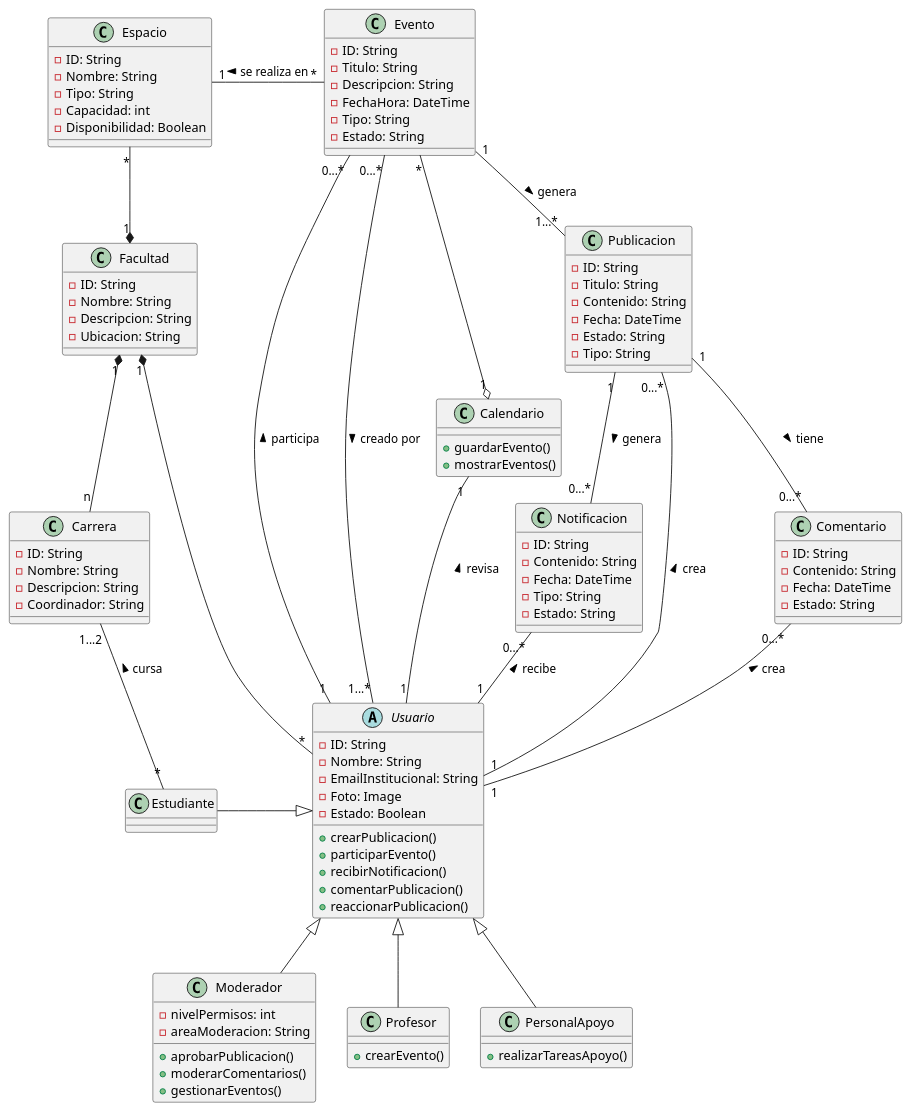
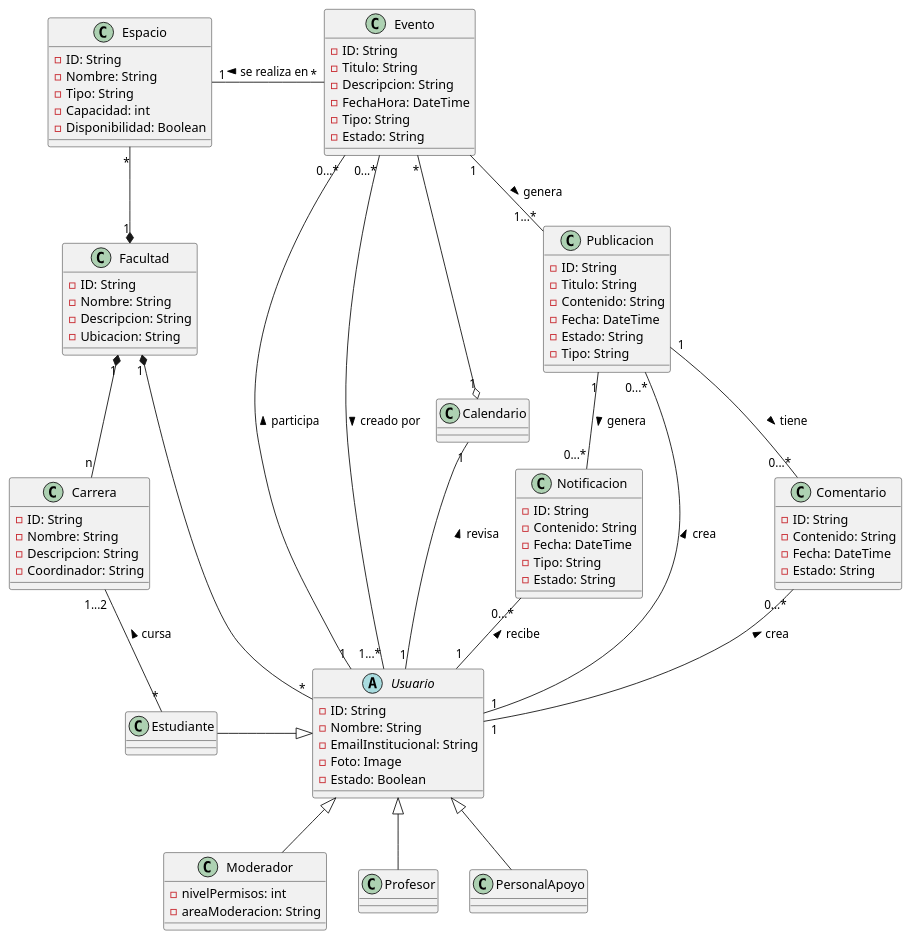
The diagram in Diagrams/DomainModel.plantuml (Danfloca02/Project_IngSoftware_Team2), drawn with PlantUML before and after one commit.

```diff
--- a/Diagrams/DomainModel.plantuml
+++ b/Diagrams/DomainModel.plantuml
@@ -3,124 +3,117 @@
 @startuml DomainModel
 
 abstract class Usuario {
   -ID: String
   -Nombre: String
   -EmailInstitucional: String
   -Foto: Image
   -Estado: Boolean
 
-  +crearPublicacion()
-  +participarEvento()
-  +recibirNotificacion()
-  +comentarPublicacion()
-  +reaccionarPublicacion()
+  
 }
 
 class Moderador {
   -nivelPermisos: int
   -areaModeracion: String
 
-  +aprobarPublicacion()
-  +moderarComentarios()
-  +gestionarEventos()
+  
 }
 
 class Estudiante {
 }
 
 class Profesor {
-  +crearEvento()
+  
 }
 
 class PersonalApoyo {
-  +realizarTareasApoyo()
+  
 }
 
 class Facultad {
   -ID: String
   -Nombre: String
   -Descripcion: String
   -Ubicacion: String
 }
 
 class Carrera {
   -ID: String
   -Nombre: String
   -Descripcion: String
   -Coordinador: String
 }
 
 class Evento {
   -ID: String
   -Titulo: String
   -Descripcion: String
   -FechaHora: DateTime
   -Tipo: String
   -Estado: String
 }
 
 class Notificacion {
   -ID: String
   -Contenido: String
   -Fecha: DateTime
   -Tipo: String
   -Estado: String
 }
 
 class Espacio {
   -ID: String
   -Nombre: String
   -Tipo: String
   -Capacidad: int
   -Disponibilidad: Boolean
 }
 
 class Publicacion {
   -ID: String
   -Titulo: String
   -Contenido: String
   -Fecha: DateTime
   -Estado: String
   -Tipo: String
 }
 
 class Comentario {
   -ID: String
   -Contenido: String
   -Fecha: DateTime
   -Estado: String
 }
 
 class Calendario {
-  +guardarEvento()
-  +mostrarEventos()
+  
 }
 
 ' Relaciones
 Moderador -up-|> Usuario
 Profesor -up-|> Usuario
 Estudiante -right-|> Usuario
 PersonalApoyo -up-|> Usuario
 
 Usuario "1" -up- "0...*" Publicacion: crea >
 Usuario "1" -up- "0...*" Evento: participa >
 Usuario "1" -up- "0...*" Notificacion: recibe >
 Usuario "1" -up- "1" Calendario: revisa >
 
 Estudiante "*" -up- "1...2" Carrera: cursa >
 
 Facultad "1" *-down- "n" Carrera
 Facultad "1" *-down- "*" Usuario
 Facultad "1" *-up- "*" Espacio
 
 Evento "0...*" -left- "1...*" Usuario: creado por >
 Evento "*" -left- "1" Espacio: se realiza en >
 Evento "1" -- "1...*" Publicacion: genera >
 Evento "*" -down-o "1" Calendario
 
 Publicacion "1" -- "0...*" Comentario: tiene >
 Publicacion "1" -- "0...*" Notificacion: genera >
 
 Comentario "0...*" -down- "1" Usuario: crea <
 
 @enduml
```
